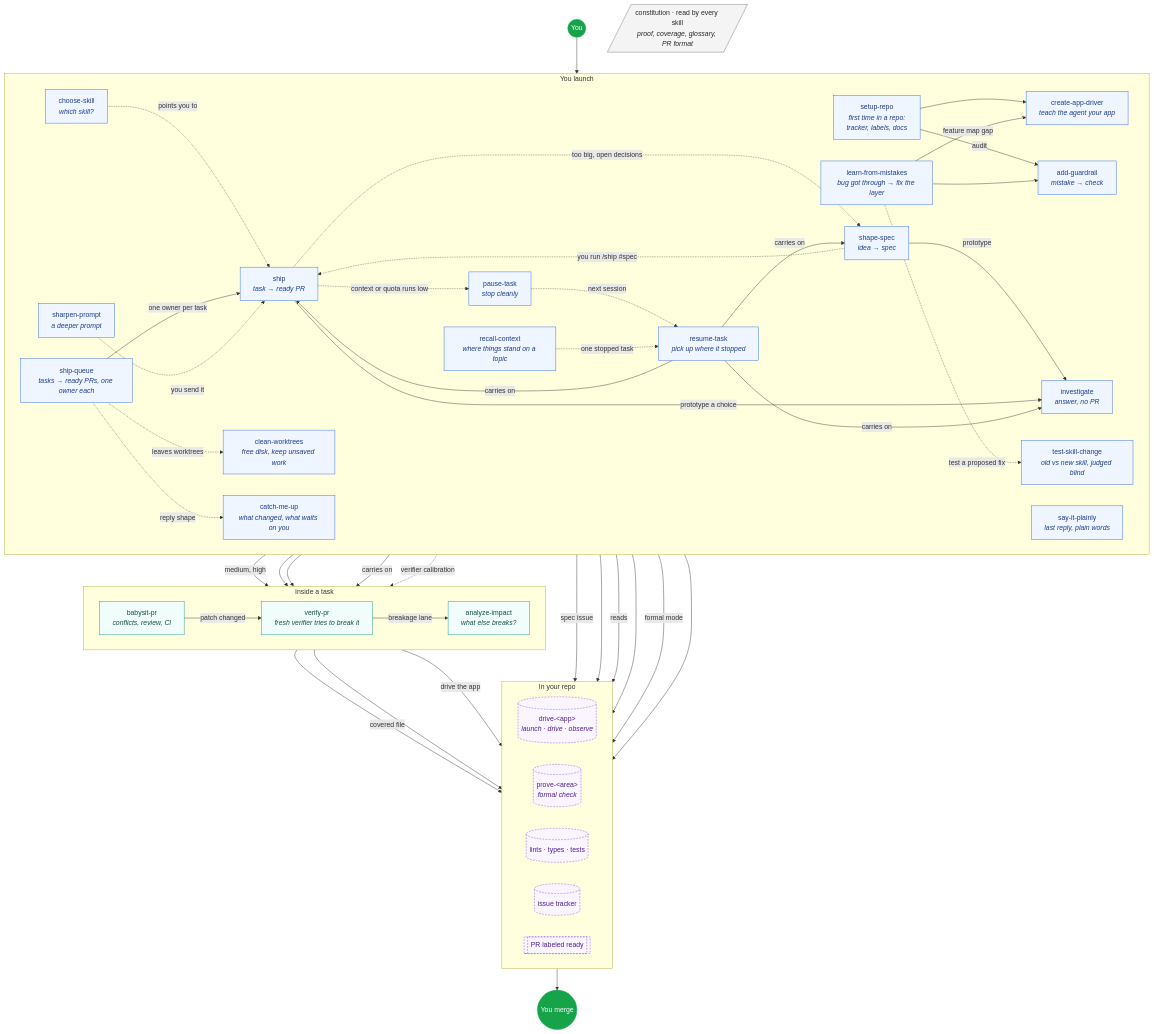
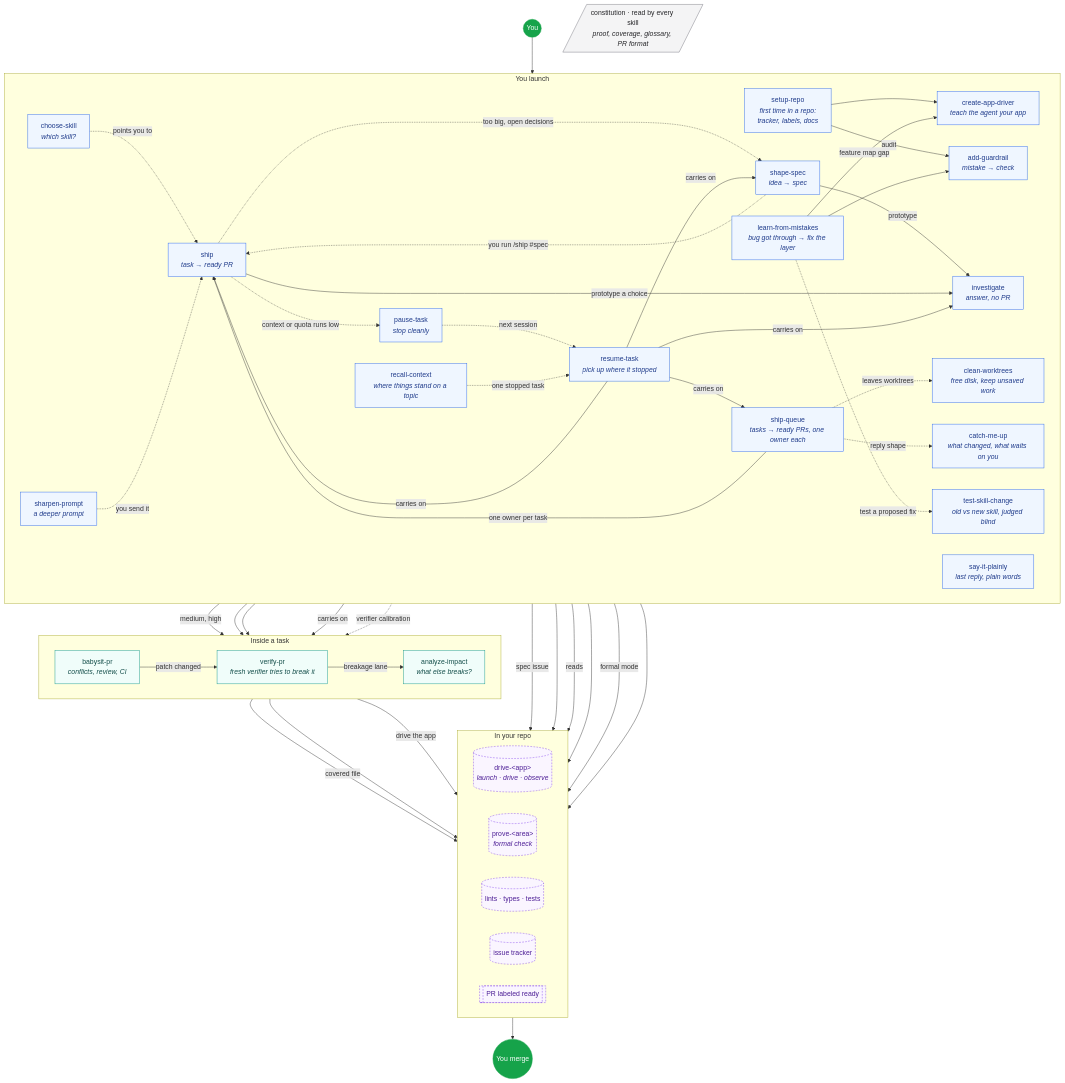
Before and after one commit to Ilian-Allaf/skillstack: the first of 2 diagrams in skills/README.md, drawn with Mermaid. The commit also changed other lines of this file and 27 other files, not shown here.

```diff
--- a/skills/README.md
+++ b/skills/README.md
@@ -73,6 +73,7 @@
   resume -->|carries on| investigate
   resume -->|carries on| shape
   resume -->|carries on| babysit
+  resume -->|carries on| queue
   recall -.->|one stopped task| resume
   queue -->|one owner per task| ship
   queue -.->|leaves worktrees| cleanwt
```
